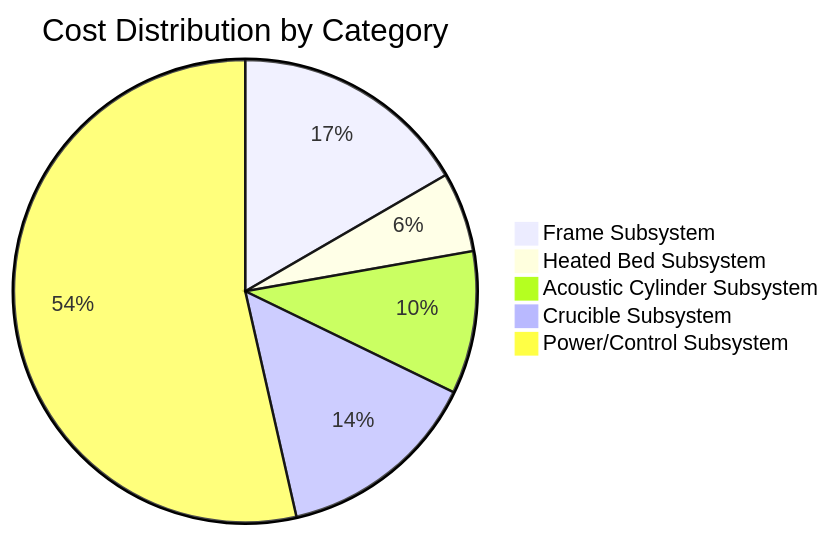
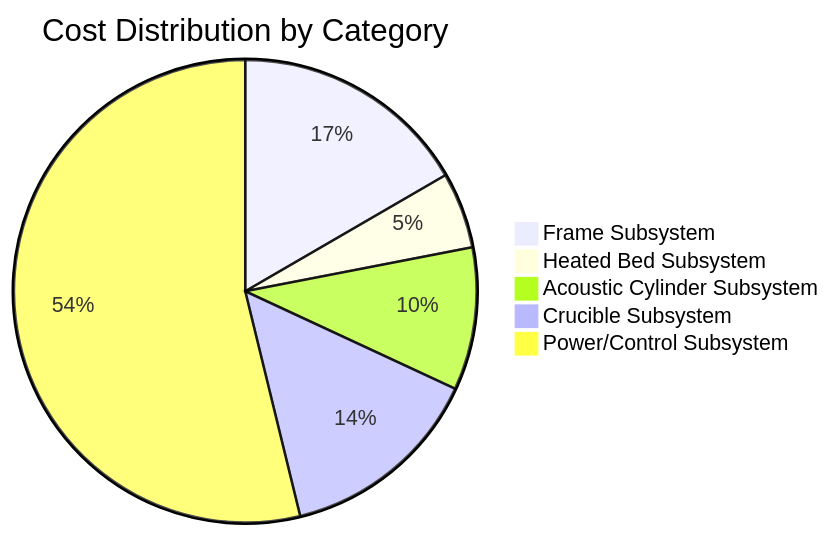
The diagram in docs/components/cost.md (jnarwell/drip), drawn with Mermaid before and after one commit. The commit also changed other lines of this file and 10 other files, not shown here.

````diff
--- a/docs/components/cost.md
+++ b/docs/components/cost.md
@@ -5,8 +5,8 @@
 ```mermaid
 pie title Cost Distribution by Category
     "Frame Subsystem" : 4240
-    "Heated Bed Subsystem" : 1424
+    "Heated Bed Subsystem" : 1356
     "Acoustic Cylinder Subsystem" : 2540
     "Crucible Subsystem" : 3634
-    "Power/Control Subsystem" : 13650
+    "Power/Control Subsystem" : 13715
 ```
````
